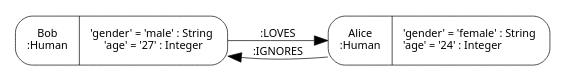
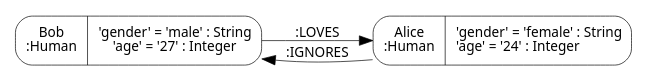
One commit to luczsoma/bsc-thesis changed the diagram in src/figures/property-graph.dot. Above: the diagram before and after it, drawn with Graphviz. The commit also changed 3 other files, not shown here.

```diff
--- a/src/figures/property-graph.dot
+++ b/src/figures/property-graph.dot
@@ -1,26 +1,26 @@
 digraph Neo {
   rankdir = LR;
   node [
-    fontsize = "8"
+    fontsize = "10"
     shape = "Mrecord"
     fontname = "Noto Sans"
     penwidth = 0.5
   ]
   edge [
     fontname = "Noto Sans"
-    fontsize = "8"
+    fontsize = "10"
     penwidth = 0.5
   ]
   N1 [
     label = "{Bob\n:Human|'gender' = 'male' : String\l'age' = '27' : Integer}"
   ]
   N2 [
     label = "{Alice\n:Human|'gender' = 'female' : String\l'age' = '24' : Integer\l}"
   ]
   N1 -> N2 [
     label = ":LOVES\n"
   ]
   N2 -> N1 [
     label = ":IGNORES\n"
   ]
 }
```
